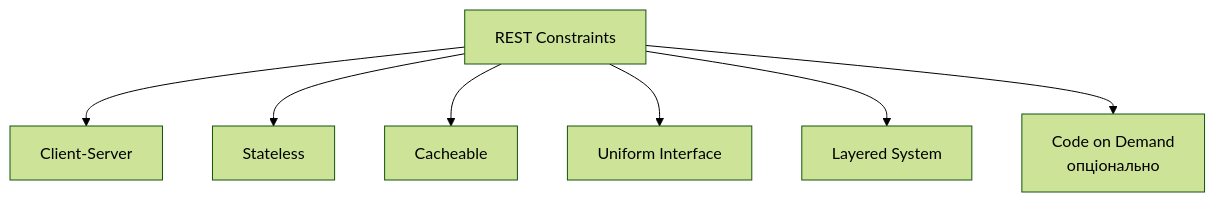
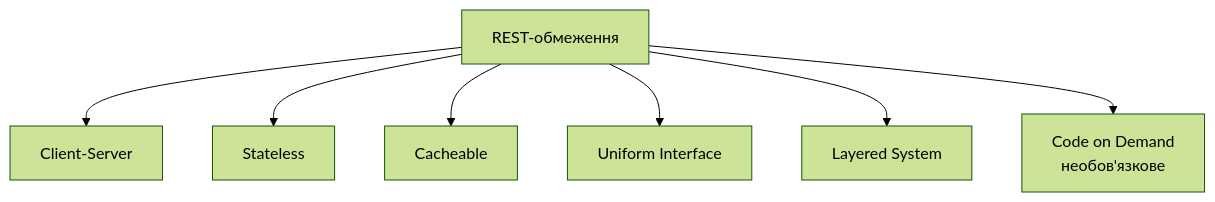
One commit to olroi421/course-opi-v2 changed the second of 9 diagrams in presentations/presentation-11.md. Above: the diagram before and after it, drawn with Mermaid (forest theme). The commit also changed other lines of this file and 10 other files, not shown here.

````diff
--- a/presentations/presentation-11.md
+++ b/presentations/presentation-11.md
@@ -62,9 +102,9 @@
 ```mermaid
 graph TB
-    A[REST Constraints] --> B[Client-Server]
-    A --> C[Stateless]
-    A --> D[Cacheable]
-    A --> E[Uniform Interface]
-    A --> F[Layered System]
-    A --> G[Code on Demand<br/>опціонально]
+    A["REST-обмеження"] --> B["Client-Server"]
+    A --> C["Stateless"]
+    A --> D["Cacheable"]
+    A --> E["Uniform Interface"]
+    A --> F["Layered System"]
+    A --> G["Code on Demand<br/>необов'язкове"]
 ```
````
